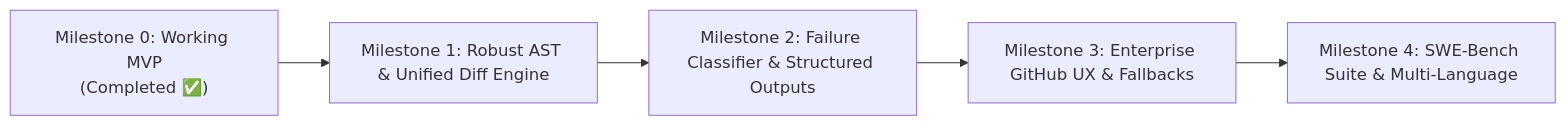
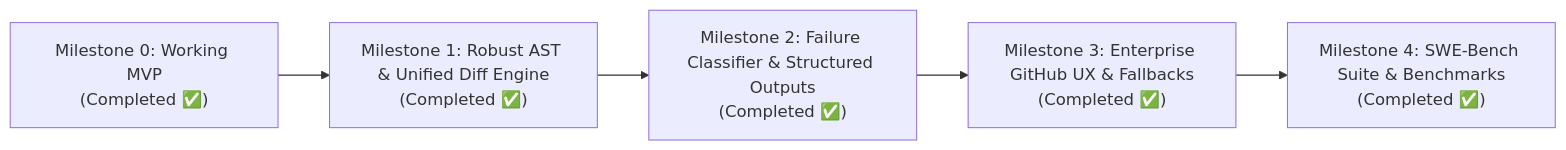
The diagram in ROADMAP.md (nolekek/AutoHeal-CI), drawn with Mermaid before and after one commit. The commit also changed other lines of this file and 16 other files, not shown here.

Commit message:
feat: complete Milestones 3 & 4 via concurrent multi-agent fan-out (Delivery UX, Interactive Step Summary, Fork Patch Artifacts, SWE-Bench Mini-Harness, 69 tests 100% pass)

````diff
--- a/ROADMAP.md
+++ b/ROADMAP.md
@@ -9,7 +9,7 @@
 ```mermaid
 flowchart LR
-    M0["Milestone 0: Working MVP\n(Completed ✅)"] --> M1["Milestone 1: Robust AST & Unified Diff Engine"]
-    M1 --> M2["Milestone 2: Failure Classifier & Structured Outputs"]
-    M2 --> M3["Milestone 3: Enterprise GitHub UX & Fallbacks"]
-    M3 --> M4["Milestone 4: SWE-Bench Suite & Multi-Language"]
+    M0["Milestone 0: Working MVP\n(Completed ✅)"] --> M1["Milestone 1: Robust AST & Unified Diff Engine\n(Completed ✅)"]
+    M1 --> M2["Milestone 2: Failure Classifier & Structured Outputs\n(Completed ✅)"]
+    M2 --> M3["Milestone 3: Enterprise GitHub UX & Fallbacks\n(Completed ✅)"]
+    M3 --> M4["Milestone 4: SWE-Bench Suite & Benchmarks\n(Completed ✅)"]
 ```
````
